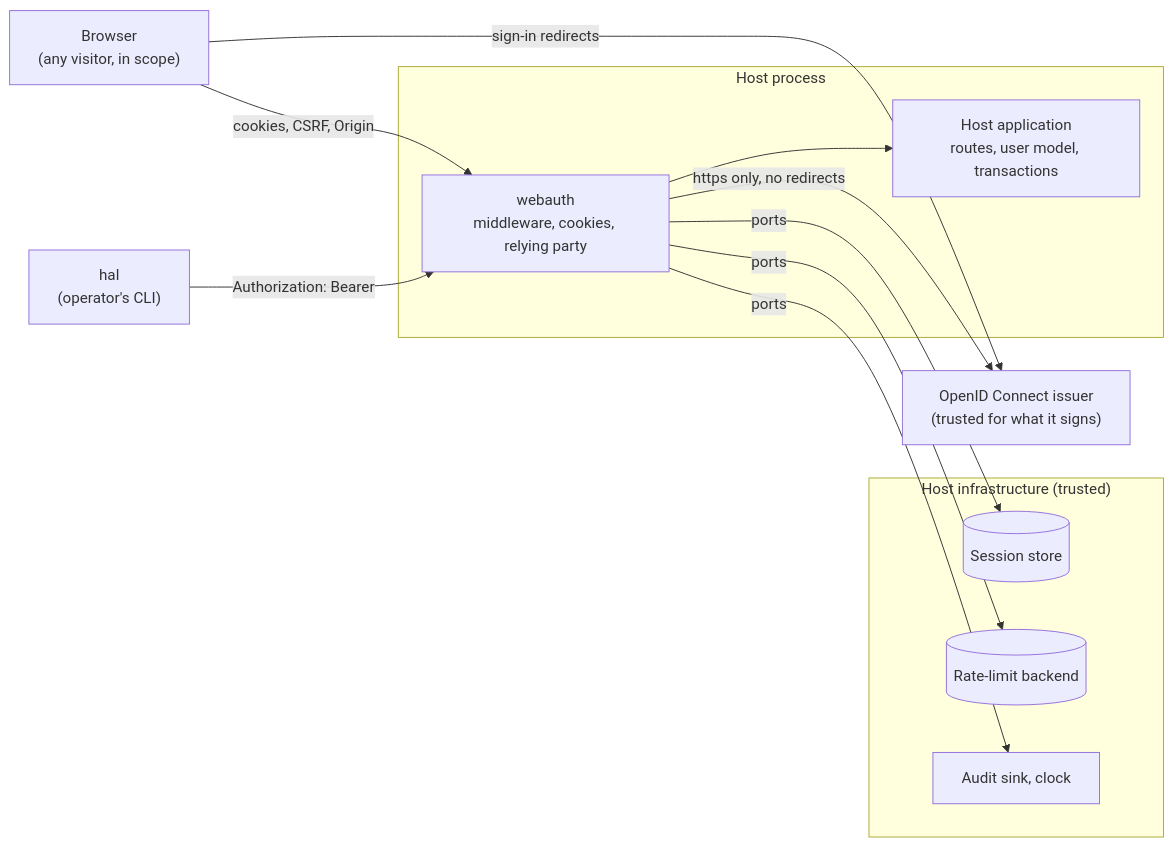
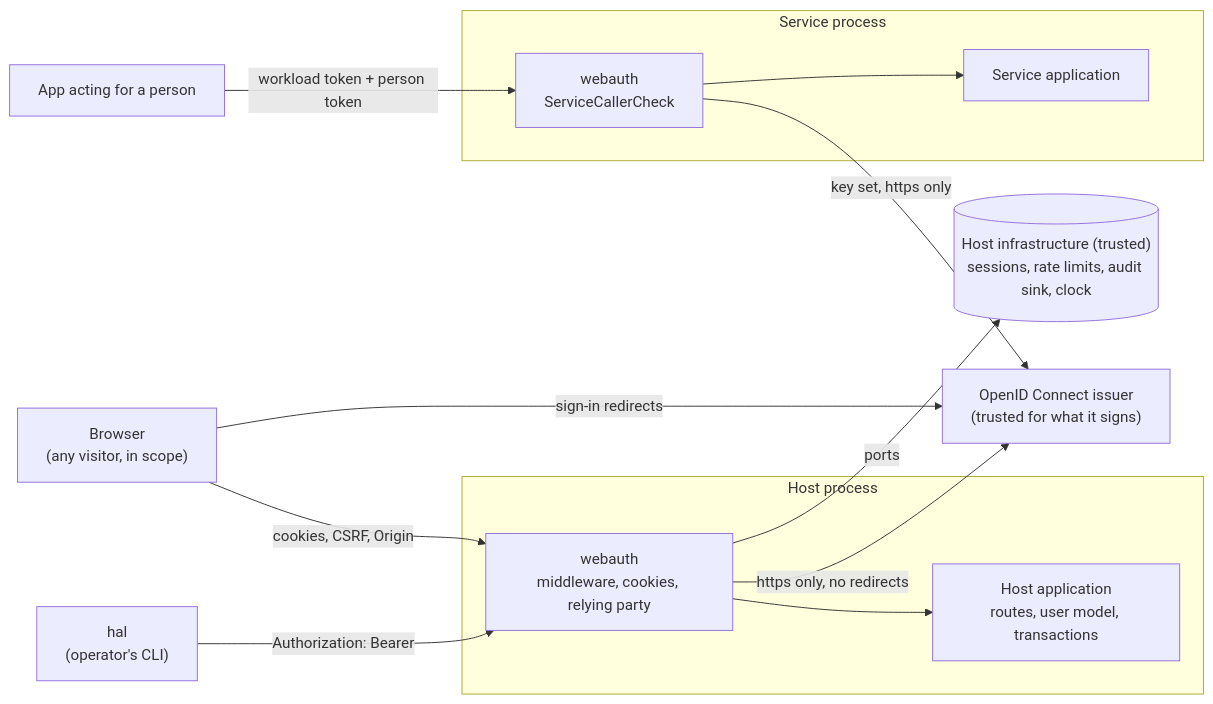
Before and after one commit to overnightworks/webauth: the first of 2 diagrams in docs/ARCHITECTURE.md, drawn with Mermaid. The commit also changed other lines of this file and 3 other files, not shown here.

````diff
--- a/docs/ARCHITECTURE.md
+++ b/docs/ARCHITECTURE.md
@@ -7,16 +7,17 @@
 ```mermaid
 flowchart LR
     subgraph process["Host process"]
         lib["webauth<br/>middleware, cookies, relying party"] --> host["Host application<br/>routes, user model, transactions"]
     end
-    subgraph stores["Host infrastructure (trusted)"]
-        sessions[("Session store")]
-        limits[("Rate-limit backend")]
-        audit["Audit sink, clock"]
+    stores[("Host infrastructure (trusted)<br/>sessions, rate limits, audit sink, clock")]
+    subgraph serviceprocess["Service process"]
+        check["webauth<br/>ServiceCallerCheck"] --> service["Service application"]
     end
     browser["Browser<br/>(any visitor, in scope)"] -- "cookies, CSRF, Origin" --> lib
     hal["hal<br/>(operator's CLI)"] -- "Authorization: Bearer" --> lib
+    app["App acting for a person"] -- "workload token + person token" --> check
     lib -- "https only, no redirects" --> issuer["OpenID Connect issuer<br/>(trusted for what it signs)"]
+    check -- "key set, https only" --> issuer
     browser -- "sign-in redirects" --> issuer
-    lib -- "ports" --> sessions & limits & audit
+    lib -- "ports" --> stores
 ```
````
